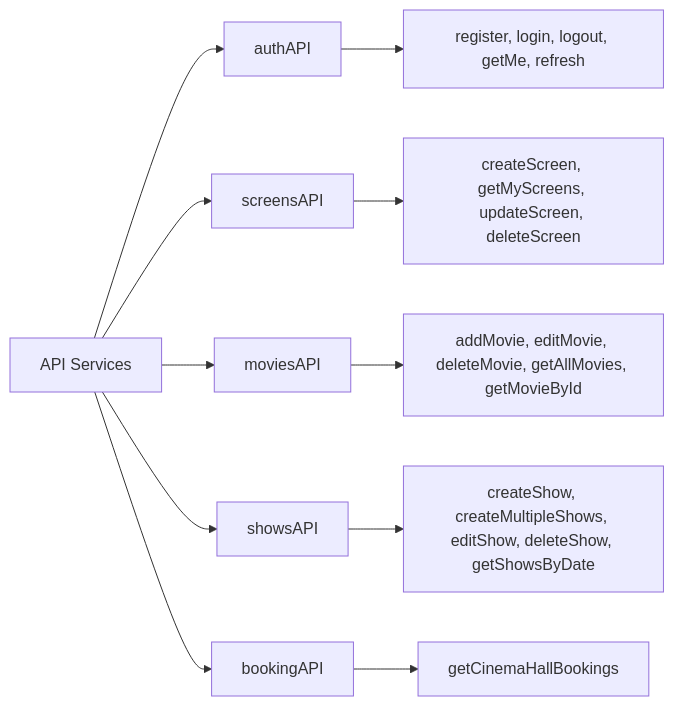
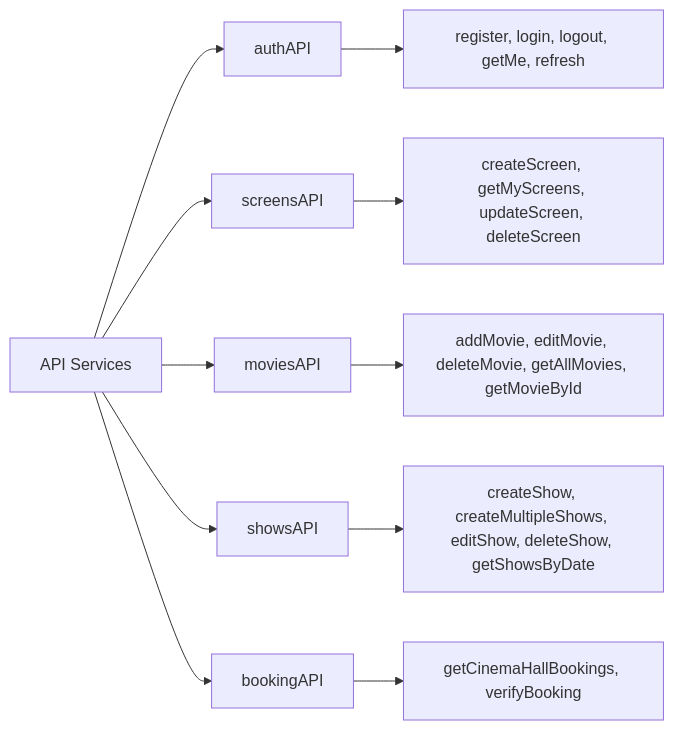
Before and after one commit to hduraimurugan/cinema-app-docs: diagram 11 of 15 in admin.md, drawn with Mermaid. The commit also changed other lines of this file and 4 other files, not shown here.

````diff
--- a/admin.md
+++ b/admin.md
@@ -495,14 +517,14 @@
 ```mermaid
 graph LR
     A[API Services] --> B[authAPI]
     A --> C[screensAPI]
     A --> D[moviesAPI]
     A --> E[showsAPI]
     A --> F[bookingAPI]
 
     B --> G[register, login, logout, getMe, refresh]
     C --> H[createScreen, getMyScreens, updateScreen, deleteScreen]
     D --> I[addMovie, editMovie, deleteMovie, getAllMovies, getMovieById]
     E --> J[createShow, createMultipleShows, editShow, deleteShow, getShowsByDate]
-    F --> K[getCinemaHallBookings]
+    F --> K[getCinemaHallBookings, verifyBooking]
 ```
````
